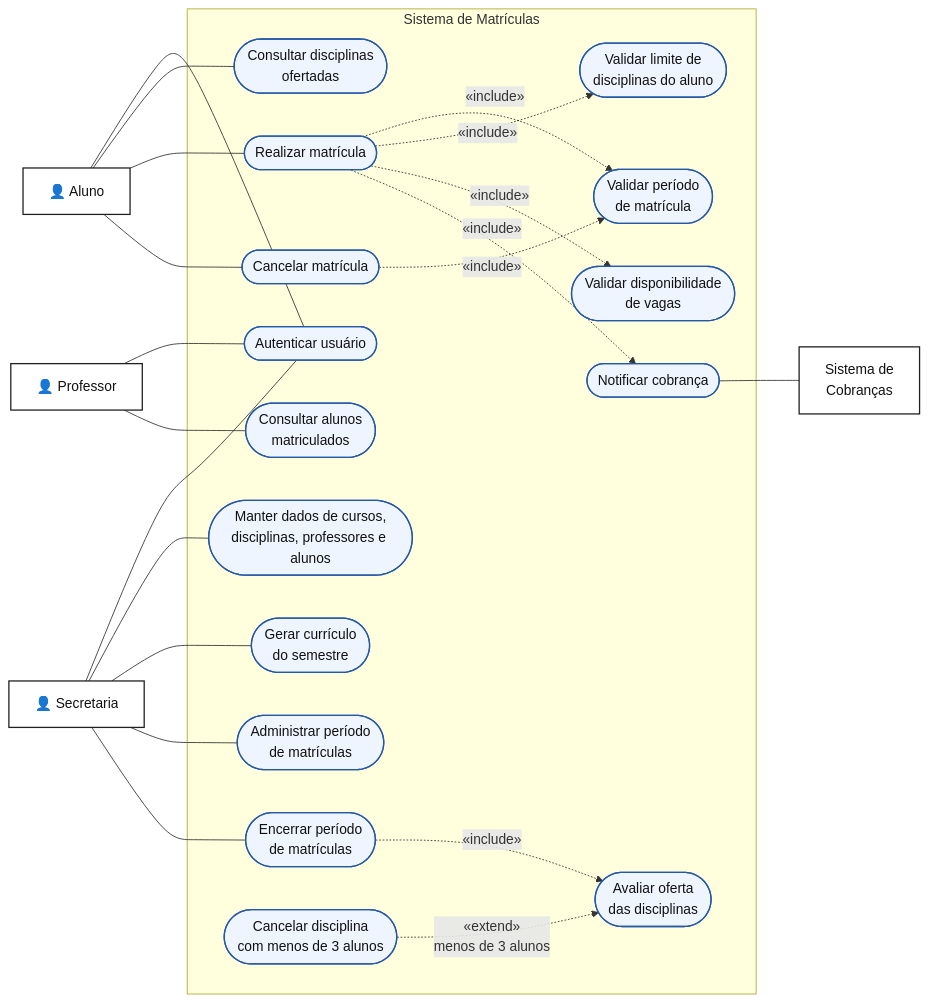
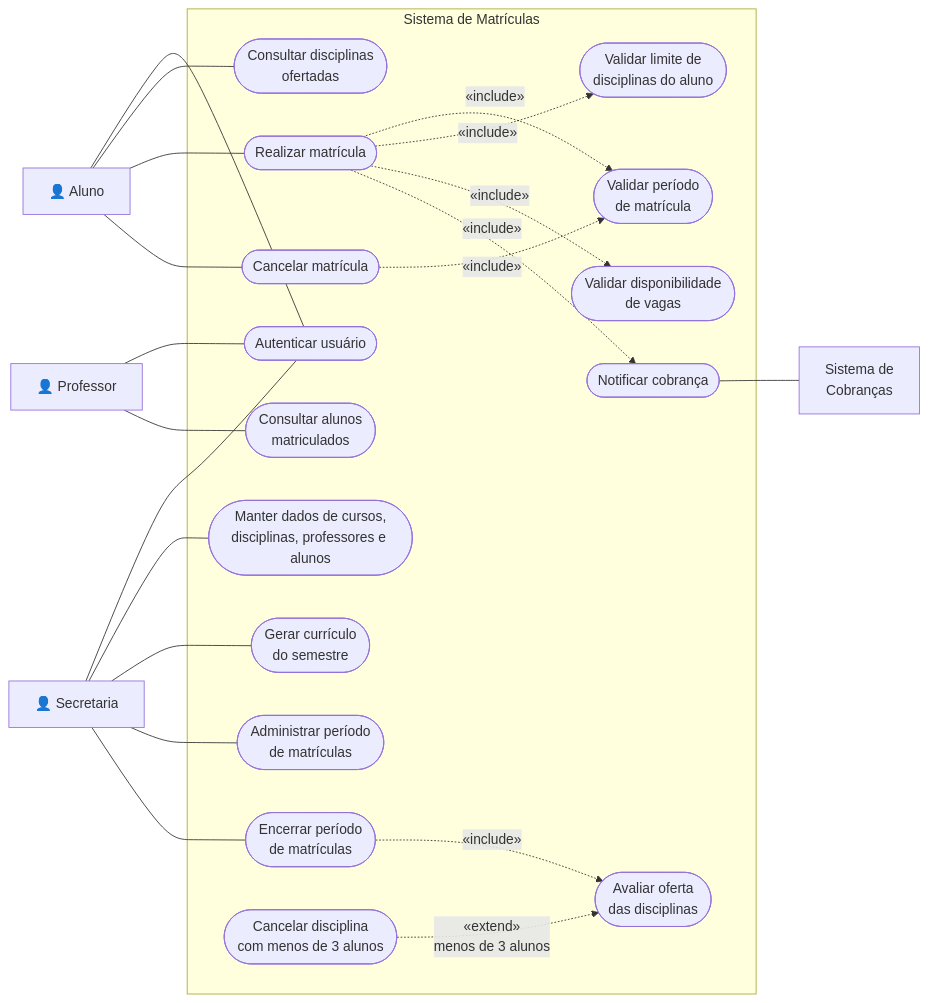
Before and after one commit to antoniiorabelo/Sistemas_Matriculas_LB: the diagram in README.md, drawn with Mermaid. The commit also changed other lines of this file and 30 other files, not shown here.

````diff
--- a/README.md
+++ b/README.md
@@ -31,53 +94,48 @@
 ```mermaid
 flowchart LR
     aluno["👤 Aluno"]
     professor["👤 Professor"]
     secretaria["👤 Secretaria"]
     cobrancas["Sistema de<br/>Cobranças"]
 
     subgraph sm["Sistema de Matrículas"]
         autenticar(["Autenticar usuário"])
         consultarOferta(["Consultar disciplinas<br/>ofertadas"])
         matricular(["Realizar matrícula"])
         validarPeriodo(["Validar período<br/>de matrícula"])
         validarLimites(["Validar limite de<br/>disciplinas do aluno"])
         validarVagas(["Validar disponibilidade<br/>de vagas"])
         notificar(["Notificar cobrança"])
         cancelarMatricula(["Cancelar matrícula"])
         consultarMatriculados(["Consultar alunos<br/>matriculados"])
         manterDados(["Manter dados de cursos,<br/>disciplinas, professores e alunos"])
         gerarCurriculo(["Gerar currículo<br/>do semestre"])
         administrarPeriodo(["Administrar período<br/>de matrículas"])
         encerrarPeriodo(["Encerrar período<br/>de matrículas"])
         avaliarOferta(["Avaliar oferta<br/>das disciplinas"])
         cancelarDisciplina(["Cancelar disciplina<br/>com menos de 3 alunos"])
     end
 
     aluno --- autenticar
     aluno --- consultarOferta
     aluno --- matricular
     aluno --- cancelarMatricula
 
     professor --- autenticar
     professor --- consultarMatriculados
 
     secretaria --- autenticar
     secretaria --- manterDados
     secretaria --- gerarCurriculo
     secretaria --- administrarPeriodo
     secretaria --- encerrarPeriodo
 
     matricular -. "«include»" .-> validarPeriodo
     matricular -. "«include»" .-> validarLimites
     matricular -. "«include»" .-> validarVagas
     matricular -. "«include»" .-> notificar
     cancelarMatricula -. "«include»" .-> validarPeriodo
     encerrarPeriodo -. "«include»" .-> avaliarOferta
     cancelarDisciplina -. "«extend»<br/>menos de 3 alunos" .-> avaliarOferta
     notificar --- cobrancas
-
-    classDef actor fill:#ffffff,stroke:#202020,stroke-width:1.5px,color:#111111;
-    classDef usecase fill:#eef5ff,stroke:#2457a6,stroke-width:1.5px,color:#111111;
-    class aluno,professor,secretaria,cobrancas actor;
-    class autenticar,consultarOferta,matricular,validarPeriodo,validarLimites,validarVagas,notificar,cancelarMatricula,consultarMatriculados,manterDados,gerarCurriculo,administrarPeriodo,encerrarPeriodo,avaliarOferta,cancelarDisciplina usecase;
 ```
````
